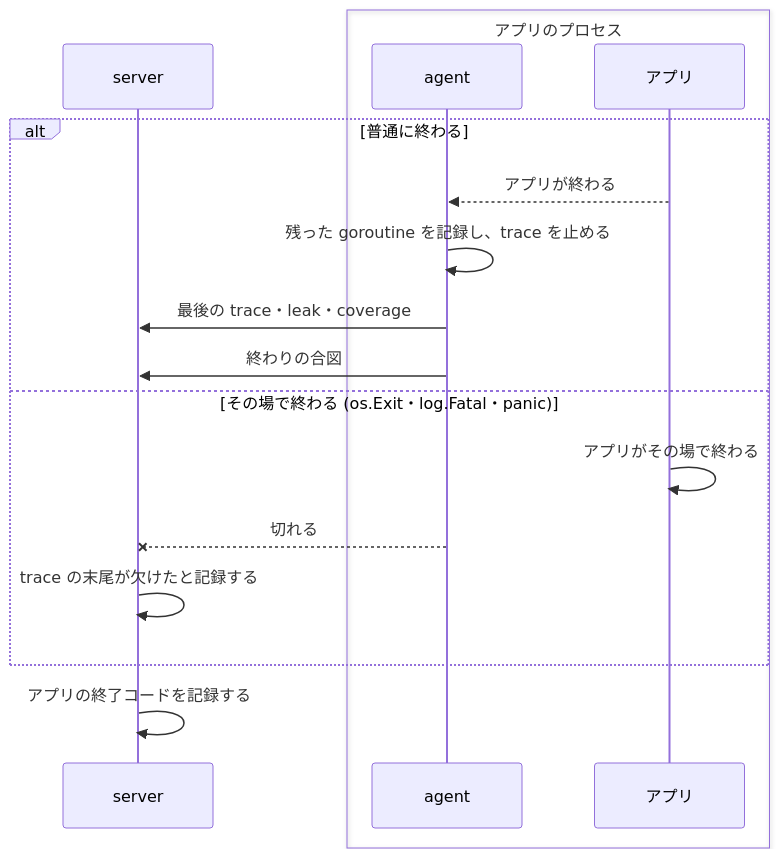
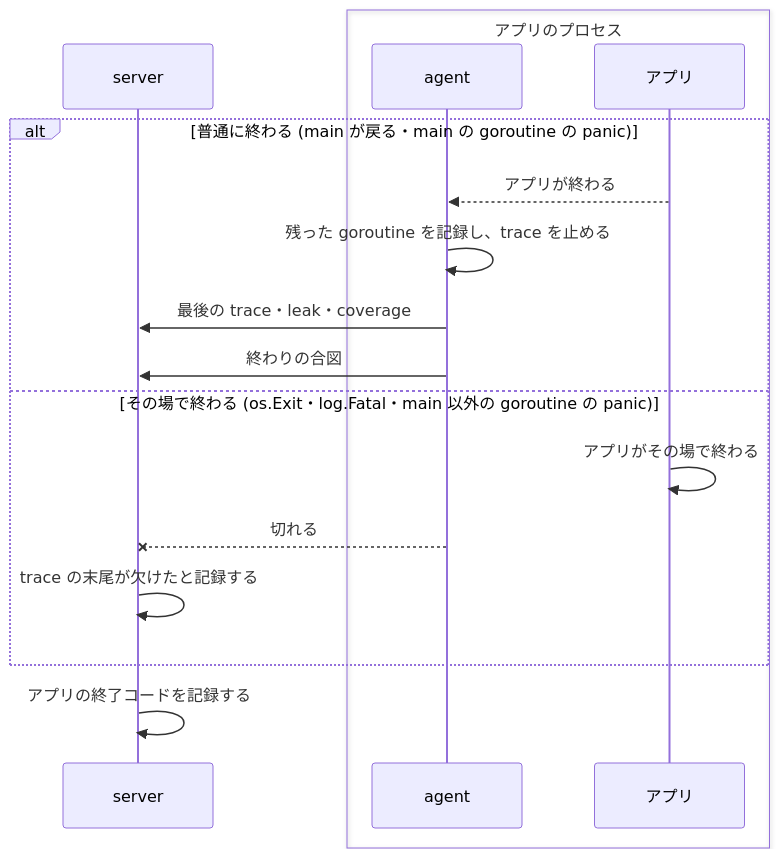
The sixth of 7 diagrams in docs/design.md (kakkky/gorviz), drawn with Mermaid before and after one commit. The commit also changed other lines of this file, not shown here.

Commit message:
docs: drop gorviz validate in favor of errors from diagnose, connect the cli to the server at a fixed address, run the app as a child process without reading its output, let a panic in main still write the trace out, and show the agent's goroutines marked but outside of issues

````diff
--- a/docs/design.md
+++ b/docs/design.md
@@ -252,20 +254,20 @@
 ```mermaid
 sequenceDiagram
     participant S as server
     box アプリのプロセス
         participant A as agent
         participant App as アプリ
     end
 
-    alt 普通に終わる
+    alt 普通に終わる (main が戻る・main の goroutine の panic)
         App-->>A: アプリが終わる
         A->>A: 残った goroutine を記録し、trace を止める
         A->>S: 最後の trace・leak・coverage
         A->>S: 終わりの合図
-    else その場で終わる (os.Exit・log.Fatal・panic)
+    else その場で終わる (os.Exit・log.Fatal・main 以外の goroutine の panic)
         App->>App: アプリがその場で終わる
         A--xS: 切れる
         S->>S: trace の末尾が欠けたと記録する
     end
     S->>S: アプリの終了コードを記録する
 ```
````
